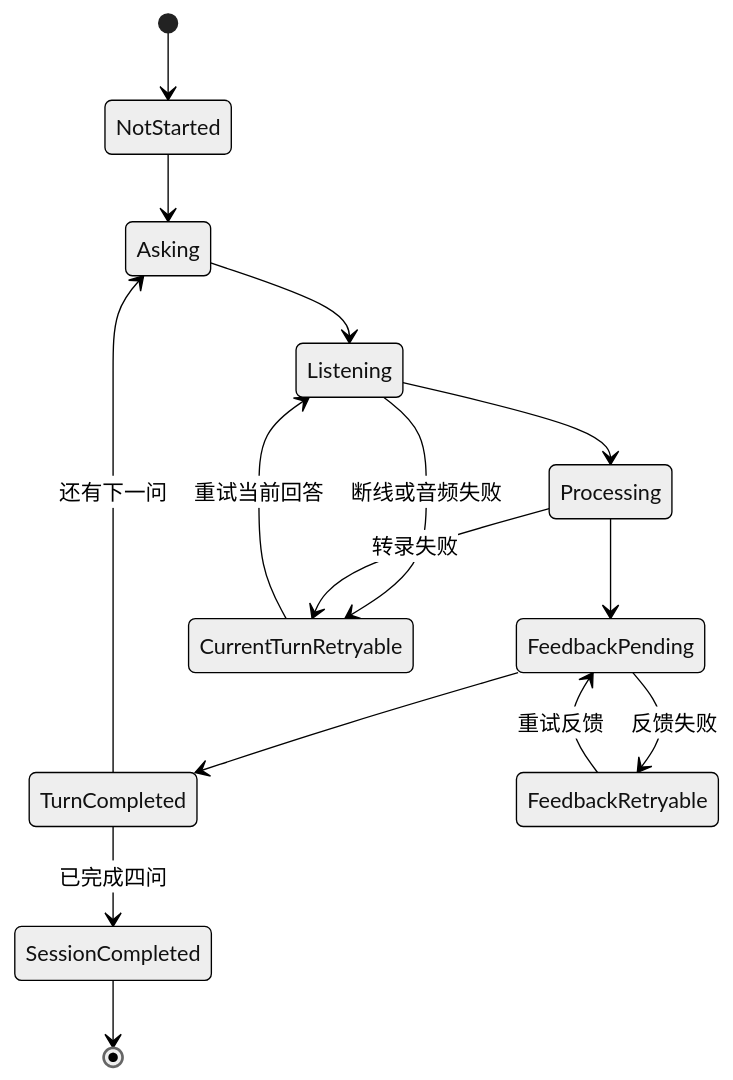
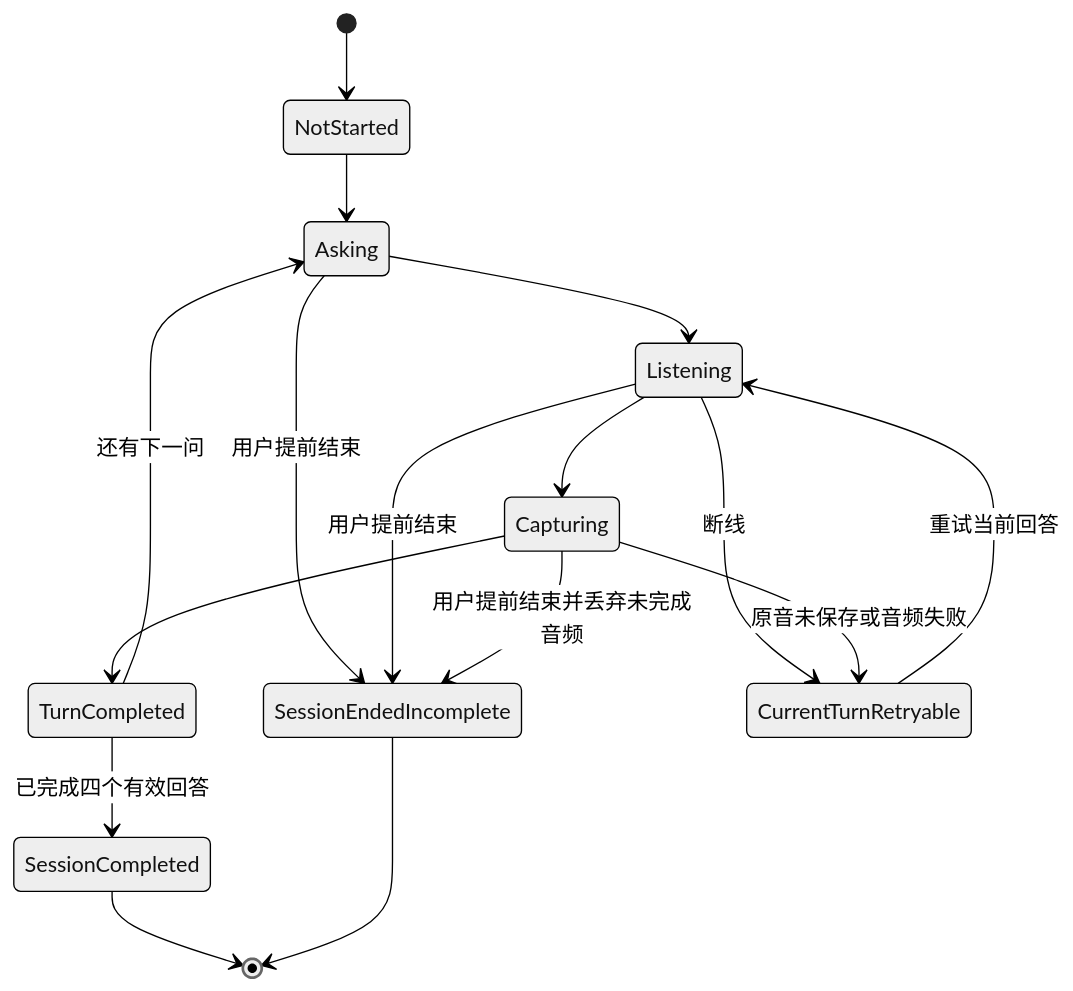
One commit to Lq0412/ai-en-coach changed the eighth of 12 diagrams in docs/superpowers/specs/2026-07-14-ms1-system-architecture-design.md. Above: the diagram before and after it, drawn with Mermaid (neutral theme). The commit also changed other lines of this file, not shown here.

First line of the commit message:
docs(architecture): 定稿 MS1 系统架构与技术选型

````diff
--- a/docs/superpowers/specs/2026-07-14-ms1-system-architecture-design.md
+++ b/docs/superpowers/specs/2026-07-14-ms1-system-architecture-design.md
@@ -369,18 +457,19 @@
 ```mermaid
 stateDiagram-v2
   [*] --> NotStarted
   NotStarted --> Asking
   Asking --> Listening
-  Listening --> Processing
-  Processing --> FeedbackPending
-  FeedbackPending --> TurnCompleted
+  Listening --> Capturing
+  Capturing --> TurnCompleted
   TurnCompleted --> Asking: 还有下一问
-  TurnCompleted --> SessionCompleted: 已完成四问
+  TurnCompleted --> SessionCompleted: 已完成四个有效回答
+  Asking --> SessionEndedIncomplete: 用户提前结束
+  Listening --> SessionEndedIncomplete: 用户提前结束
+  Capturing --> SessionEndedIncomplete: 用户提前结束并丢弃未完成音频
 
-  Listening --> CurrentTurnRetryable: 断线或音频失败
-  Processing --> CurrentTurnRetryable: 转录失败
-  FeedbackPending --> FeedbackRetryable: 反馈失败
+  Listening --> CurrentTurnRetryable: 断线
+  Capturing --> CurrentTurnRetryable: 原音未保存或音频失败
   CurrentTurnRetryable --> Listening: 重试当前回答
-  FeedbackRetryable --> FeedbackPending: 重试反馈
   SessionCompleted --> [*]
+  SessionEndedIncomplete --> [*]
 ```
````
